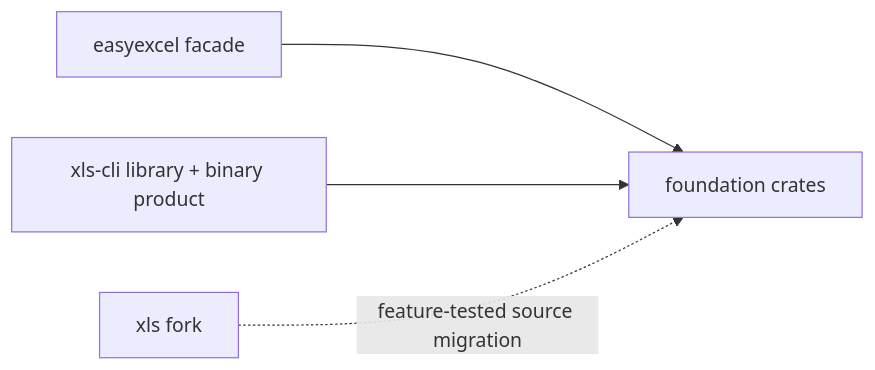
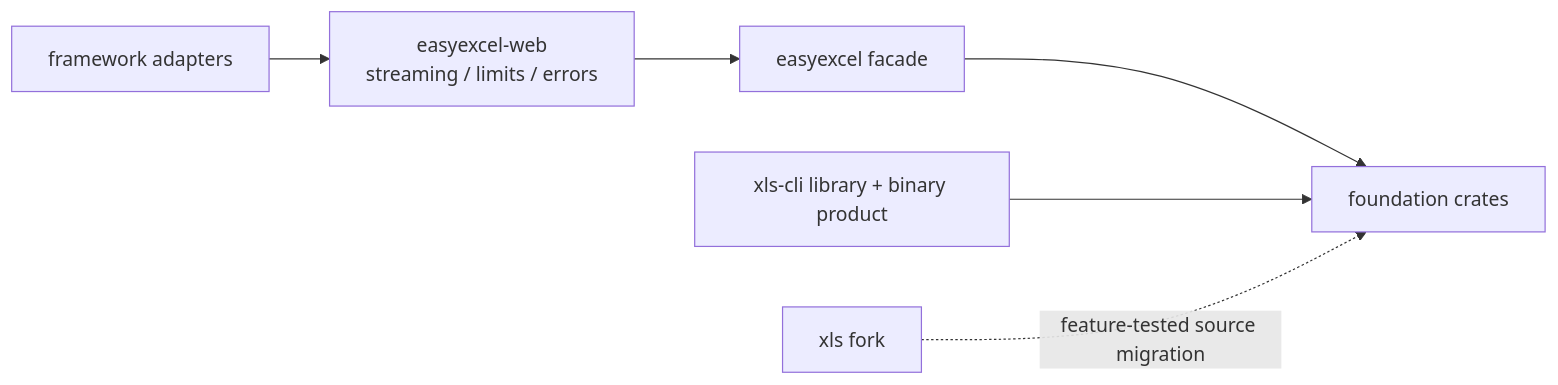
One commit to easy-4-rust/easyexcel-rust changed the first of 2 diagrams in docs/ARCHITECTURE.md. Above: the diagram before and after it, drawn with Mermaid. The commit also changed other lines of this file and 27 other files, not shown here.

````diff
--- a/docs/ARCHITECTURE.md
+++ b/docs/ARCHITECTURE.md
@@ -34,6 +35,8 @@
 ```mermaid
 flowchart LR
     Facade["easyexcel facade"] --> Foundation["foundation crates"]
+    Web["easyexcel-web<br/>streaming / limits / errors"] --> Facade
+    Adapter["framework adapters"] --> Web
     Product["xls-cli library + binary product"] --> Foundation
     Fork["xls fork"] -. "feature-tested source migration" .-> Foundation
 ```
````
